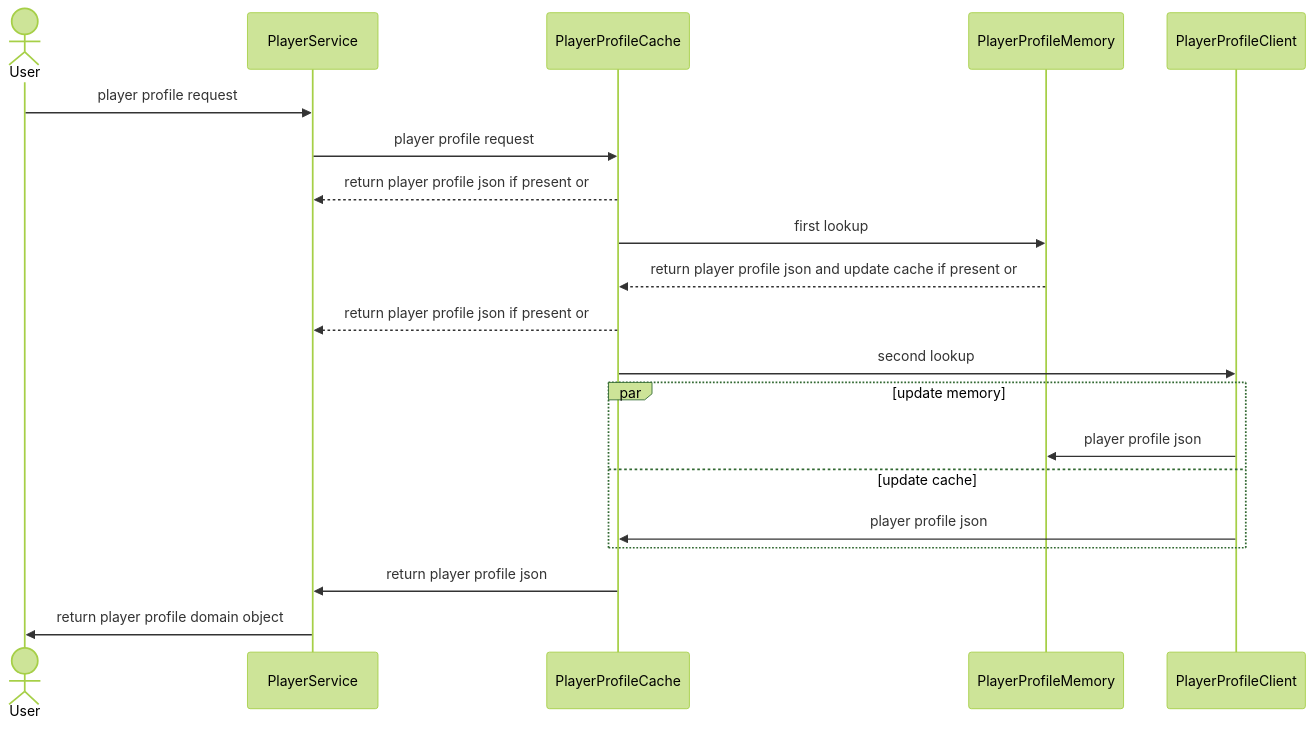
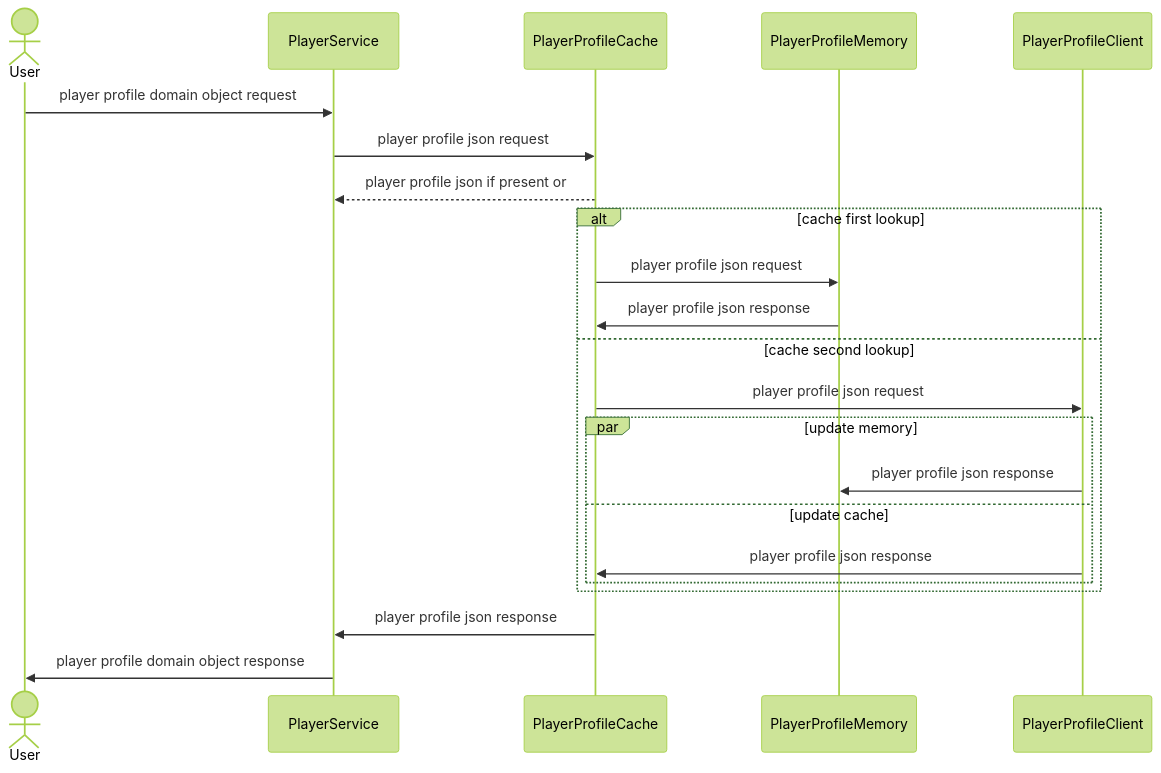
Before and after one commit to marcinszewczykArch/FootballStock: the second of 4 diagrams in README.md, drawn with Mermaid (forest theme). The commit also changed other lines of this file, not shown here.

Commit message:
add diagrams

````diff
--- a/README.md
+++ b/README.md
@@ -78,28 +123,24 @@
 ```mermaid
 sequenceDiagram
     actor User
     participant PlayerService
     participant PlayerProfileCache
     participant PlayerProfileMemory
     participant PlayerProfileClient
-    User ->> PlayerService: player profile request
-    PlayerService ->> PlayerProfileCache: player profile request
-    PlayerProfileCache -->> PlayerService: return player profile json if present or
-    PlayerProfileCache ->> PlayerProfileMemory: first lookup
-    PlayerProfileMemory -->> PlayerProfileCache: return player profile json and update cache if present or
-    PlayerProfileCache -->> PlayerService: return player profile json if present or
-    PlayerProfileCache ->> PlayerProfileClient: second lookup
-    
-    par update memory
-    PlayerProfileClient ->> PlayerProfileMemory: player profile json
-    and update cache
-    PlayerProfileClient ->> PlayerProfileCache: player profile json
+    User ->> PlayerService: player profile domain object request
+    PlayerService ->> PlayerProfileCache: player profile json request
+    PlayerProfileCache -->> PlayerService: player profile json if present or
+    alt cache first lookup
+        PlayerProfileCache ->> PlayerProfileMemory: player profile json request
+        PlayerProfileMemory ->> PlayerProfileCache: player profile json response
+    else cache second lookup
+        PlayerProfileCache ->> PlayerProfileClient: player profile json request
+        par update memory
+            PlayerProfileClient ->> PlayerProfileMemory: player profile json response
+        and update cache
+            PlayerProfileClient ->> PlayerProfileCache: player profile json response
+        end
     end
-    
-    PlayerProfileCache ->> PlayerService: return player profile json
-    PlayerService ->> User: return player profile domain object
-
-
-
-
+    PlayerProfileCache ->> PlayerService: player profile json response
+    PlayerService ->> User: player profile domain object response
 ```
````
